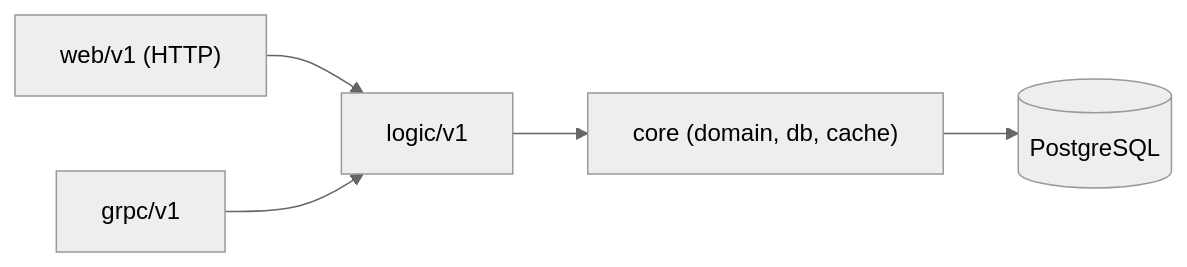
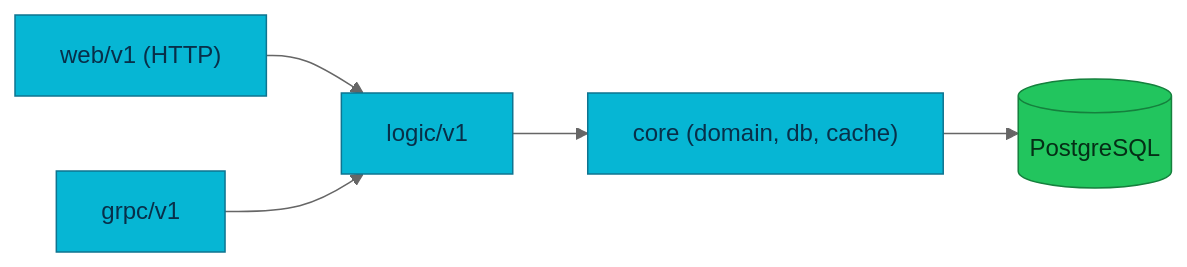
The diagram in AGENTS.md (duynhlab/homelab), drawn with Mermaid (neutral theme) before and after one commit. The commit also changed other lines of this file and 33 other files, not shown here.

First line of the commit message:
Refresh observability diagrams (#516)

````diff
--- a/AGENTS.md
+++ b/AGENTS.md
@@ -84,7 +84,12 @@
 ```mermaid
 flowchart LR
     Web["web/v1 (HTTP)"] --> Logic["logic/v1"]
     gRPC["grpc/v1"] --> Logic
     Logic --> Core["core (domain, db, cache)"]
     Core --> DB[(PostgreSQL)]
+
+    classDef service fill:#06b6d4,color:#082f49,stroke:#0e7490;
+    classDef data fill:#22c55e,color:#052e16,stroke:#15803d;
+    class Web,gRPC,Logic,Core service;
+    class DB data;
 ```
````
